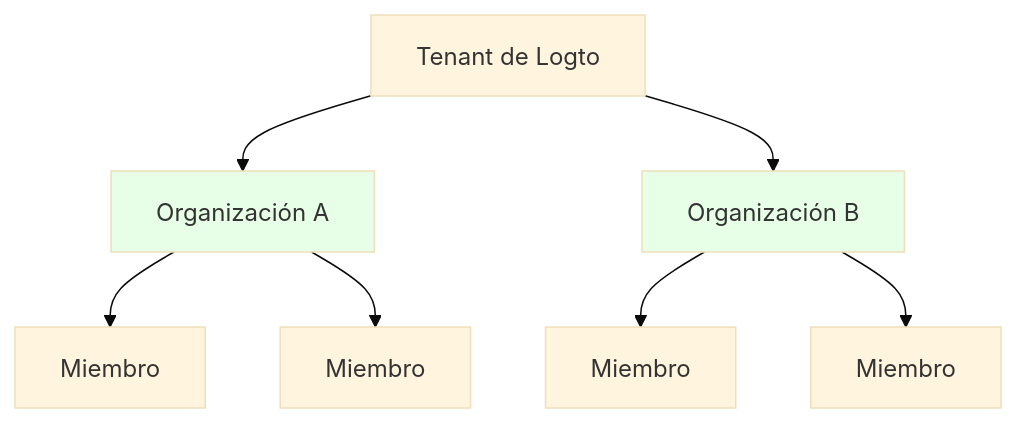
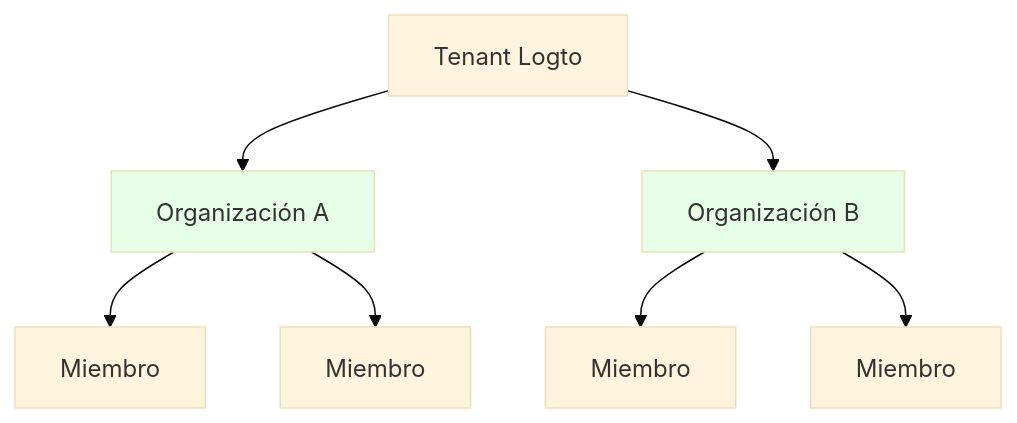
Before and after one commit to logto-io/docs: the sixth of 7 diagrams in i18n/es/docusaurus-plugin-content-docs/current/use-cases/multi-tenancy/build-multi-tenant-saas-application.mdx, drawn with Mermaid (base theme). The commit also changed other lines of this file and 666 other files, not shown here.

````diff
--- a/i18n/es/docusaurus-plugin-content-docs/current/use-cases/multi-tenancy/build-multi-tenant-saas-application.mdx
+++ b/i18n/es/docusaurus-plugin-content-docs/current/use-cases/multi-tenancy/build-multi-tenant-saas-application.mdx
@@ -457,13 +457,13 @@
 ```mermaid
 graph TD
-    T[Tenant de Logto] --> OrgA[Organización A]
+    T[Tenant Logto] --> OrgA[Organización A]
     T --> OrgB[Organización B]
     OrgA --> MA1[Miembro]
     OrgA --> MA2[Miembro]
     OrgB --> MB1[Miembro]
     OrgB --> MB2[Miembro]
 
     style OrgA fill:#e6ffe6
     style OrgB fill:#e6ffe6
 
 ```
````
